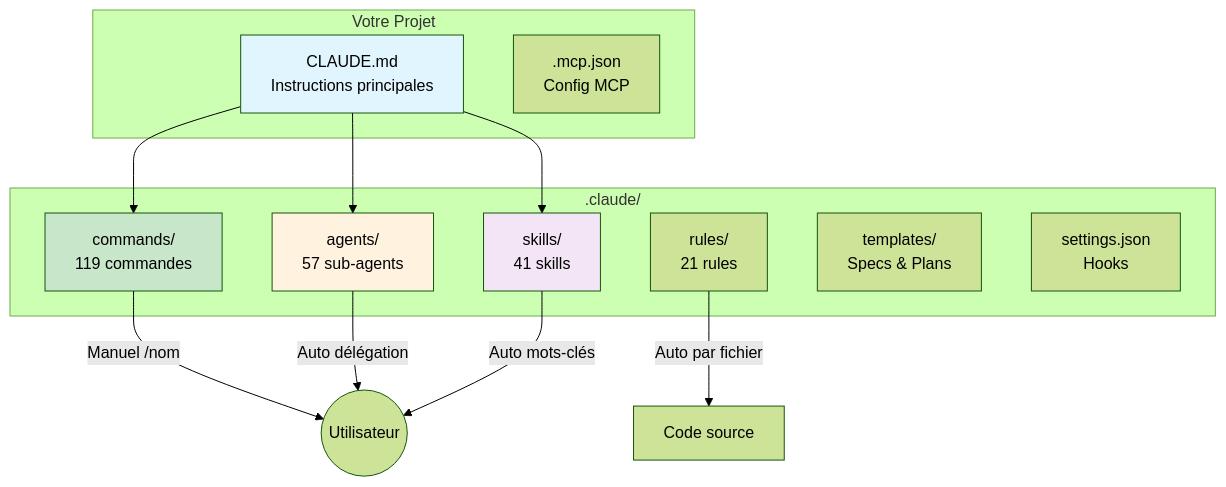
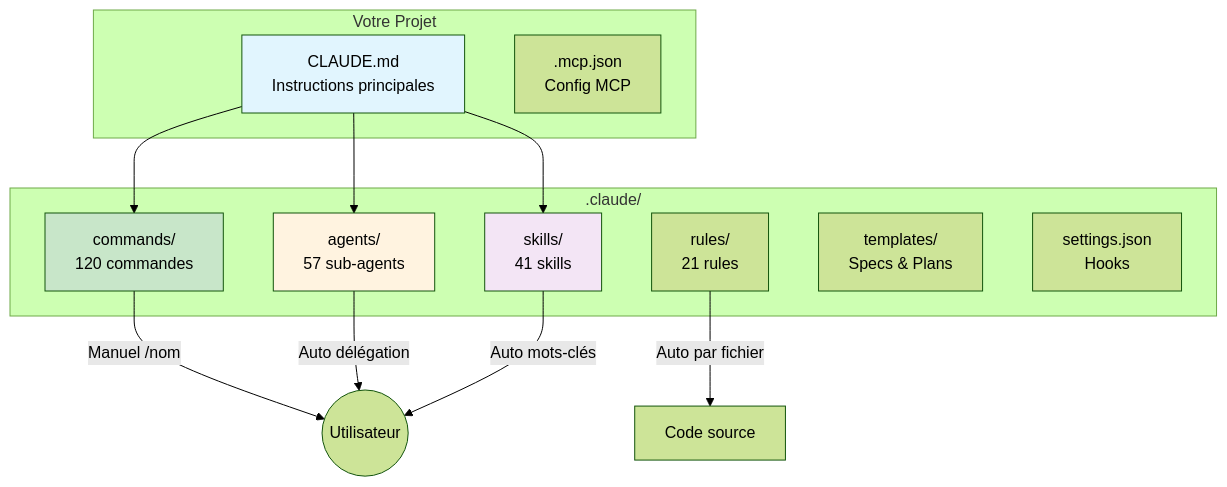
One commit to christopherlouet/claude-base changed the first of 2 diagrams in website/docs/intro/architecture.md. Above: the diagram before and after it, drawn with Mermaid (forest theme). The commit also changed other lines of this file and 34 other files, not shown here.

````diff
--- a/website/docs/intro/architecture.md
+++ b/website/docs/intro/architecture.md
@@ -15,30 +15,30 @@
 ```mermaid
 graph TB
     subgraph "Votre Projet"
         CLAUDE[CLAUDE.md<br/>Instructions principales]
         MCP[.mcp.json<br/>Config MCP]
     end
 
     subgraph ".claude/"
-        CMDS[commands/<br/>119 commandes]
+        CMDS[commands/<br/>120 commandes]
         AGENTS[agents/<br/>57 sub-agents]
         SKILLS[skills/<br/>41 skills]
         RULES[rules/<br/>21 rules]
         TPL[templates/<br/>Specs & Plans]
         SETTINGS[settings.json<br/>Hooks]
     end
 
     CLAUDE --> CMDS
     CLAUDE --> AGENTS
     CLAUDE --> SKILLS
 
     CMDS --> |"Manuel /nom"| USER((Utilisateur))
     AGENTS --> |"Auto délégation"| USER
     SKILLS --> |"Auto mots-clés"| USER
     RULES --> |"Auto par fichier"| CODE[Code source]
 
     style CLAUDE fill:#e1f5fe
     style CMDS fill:#c8e6c9
     style AGENTS fill:#fff3e0
     style SKILLS fill:#f3e5f5
 ```
````
